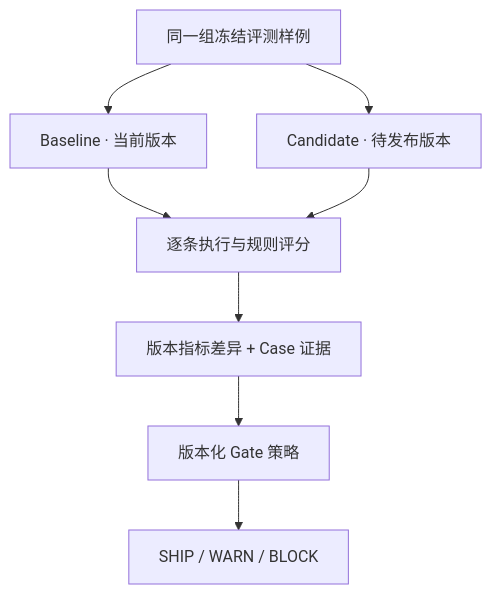
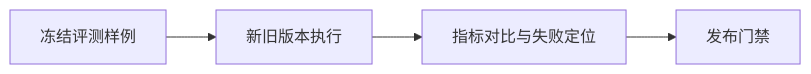
One commit to xbzz1018/agent-quality-gate changed the diagram in README.md. Above: the diagram before and after it, drawn with Mermaid. The commit also changed other lines of this file, not shown here.

````diff
--- a/README.md
+++ b/README.md
@@ -21,10 +19,6 @@
 ```mermaid
-flowchart TD
-    A["同一组冻结评测样例"] --> B["Baseline · 当前版本"]
-    A --> C["Candidate · 待发布版本"]
-    B --> D["逐条执行与规则评分"]
-    C --> D
-    D --> E["版本指标差异 + Case 证据"]
-    E --> F["版本化 Gate 策略"]
-    F --> G["SHIP / WARN / BLOCK"]
+flowchart LR
+    A["冻结评测样例"] --> B["新旧版本执行"]
+    B --> C["指标对比与失败定位"]
+    C --> D["发布门禁"]
 ```
````
